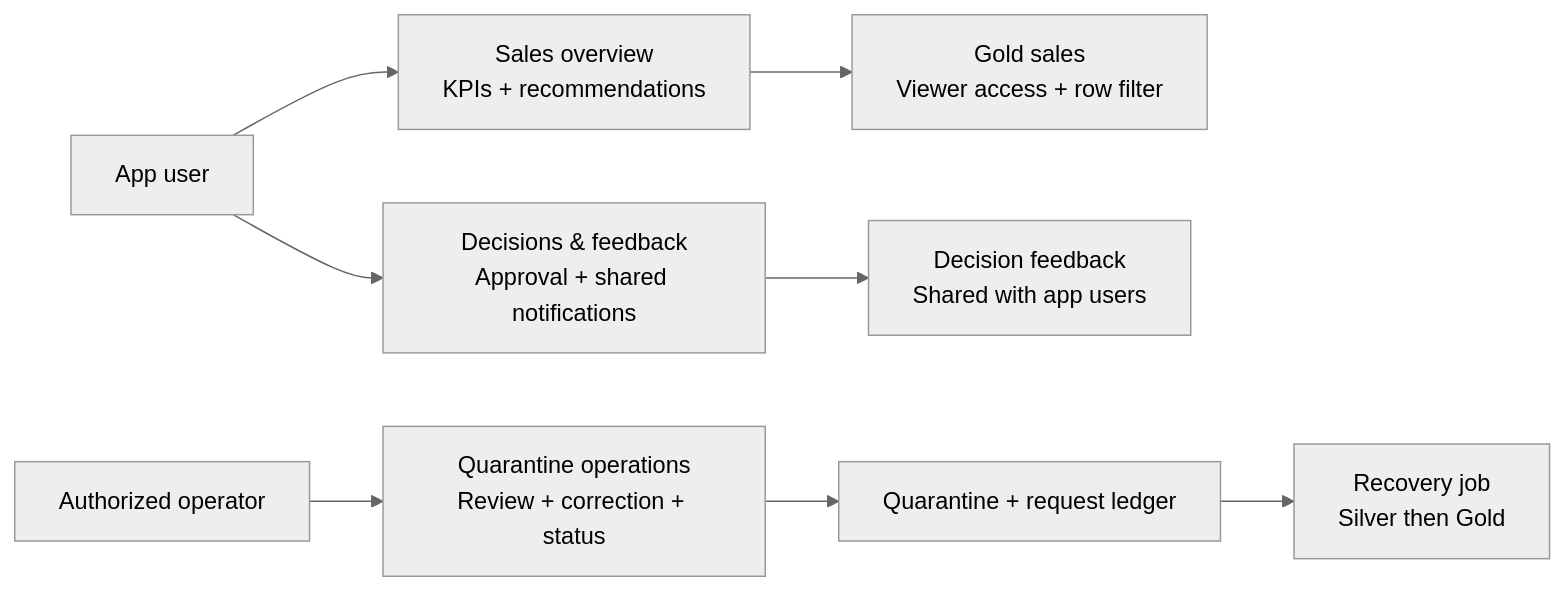
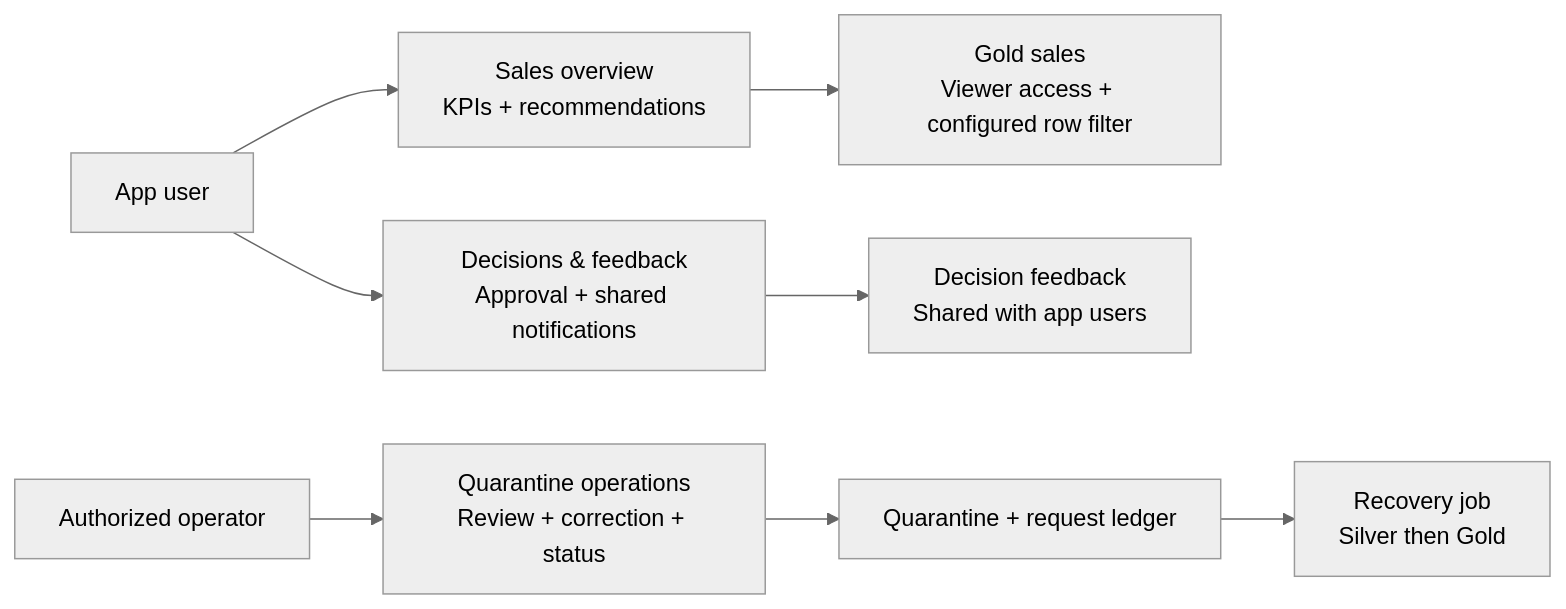
The second of 3 diagrams in README.md (saibharathparsam/theater_manager_app), drawn with Mermaid (neutral theme) before and after one commit. The commit also changed other lines of this file and 3 other files, not shown here.

````diff
--- a/README.md
+++ b/README.md
@@ -42,10 +70,10 @@
 ```mermaid
 flowchart LR
   User["App user"] --> Sales["Sales overview<br/>KPIs + recommendations"]
   User --> Decisions["Decisions & feedback<br/>Approval + shared notifications"]
   Operator["Authorized operator"] --> Operations["Quarantine operations<br/>Review + correction + status"]
-  Sales --> Gold["Gold sales<br/>Viewer access + row filter"]
+  Sales --> Gold["Gold sales<br/>Viewer access + configured row filter"]
   Decisions --> Feedback["Decision feedback<br/>Shared with app users"]
   Operations --> Queue["Quarantine + request ledger"]
   Queue --> Job["Recovery job<br/>Silver then Gold"]
 ```
````
